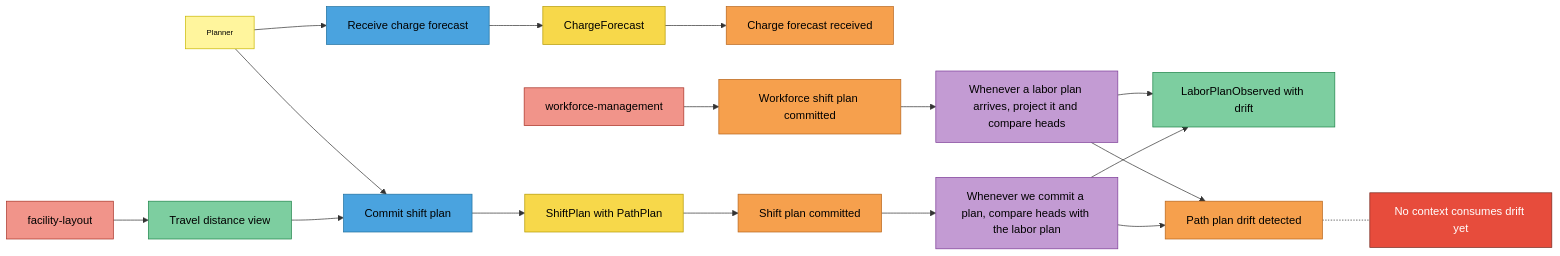
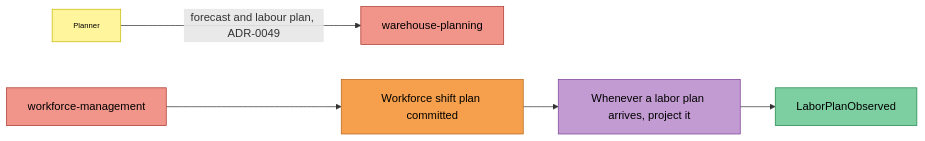
One commit to IQVO/wes-work-planning changed the second of 4 diagrams in docs/docs/ddd/eventstorming.md. Above: the diagram before and after it, drawn with Mermaid. The commit also changed other lines of this file and 9 other files, not shown here.

````diff
--- a/docs/docs/ddd/eventstorming.md
+++ b/docs/docs/ddd/eventstorming.md
@@ -42,41 +45,19 @@
 ```mermaid
 flowchart LR
     Planner["Planner"]:::actor
     WM["workforce-management"]:::external
-    FL["facility-layout"]:::external
-
-    C1["Receive charge forecast"]:::command
-    A1["ChargeForecast"]:::aggregate
-    E1["Charge forecast received"]:::event
-
-    C2["Commit shift plan"]:::command
-    A2["ShiftPlan with PathPlan"]:::aggregate
-    E2["Shift plan committed"]:::event
-    R0["Travel distance view"]:::readmodel
+    WPL["warehouse-planning"]:::external
 
     EW["Workforce shift plan committed"]:::event
-    P1["Whenever a labor plan arrives, project it and compare heads"]:::policy
-    P2["Whenever we commit a plan, compare heads with the labor plan"]:::policy
-    R1["LaborPlanObserved with drift"]:::readmodel
-    E3["Path plan drift detected"]:::event
-    H1["No context consumes drift yet"]:::hotspot
+    P1["Whenever a labor plan arrives, project it"]:::policy
+    R1["LaborPlanObserved"]:::readmodel
 
-    Planner --> C1 --> A1 --> E1
-    Planner --> C2
-    FL --> R0 --> C2
-    C2 --> A2 --> E2 --> P2
+    Planner -->|"forecast and labour plan, ADR-0049"| WPL
     WM --> EW --> P1 --> R1
-    P2 --> R1
-    P1 --> E3
-    P2 --> E3
-    E3 -.- H1
 
     classDef actor fill:#fff59d,stroke:#c9b800,color:#000,font-size:11px
-    classDef command fill:#4aa3df,stroke:#1f6f9f,color:#000
-    classDef aggregate fill:#f7d84a,stroke:#b59a00,color:#000
     classDef event fill:#f6a04d,stroke:#b8651b,color:#000
     classDef policy fill:#c39bd3,stroke:#7d3c98,color:#000
     classDef readmodel fill:#7dcea0,stroke:#1e8449,color:#000
     classDef external fill:#f1948a,stroke:#a93226,color:#000
-    classDef hotspot fill:#e74c3c,stroke:#78281f,color:#fff
 ```
````
